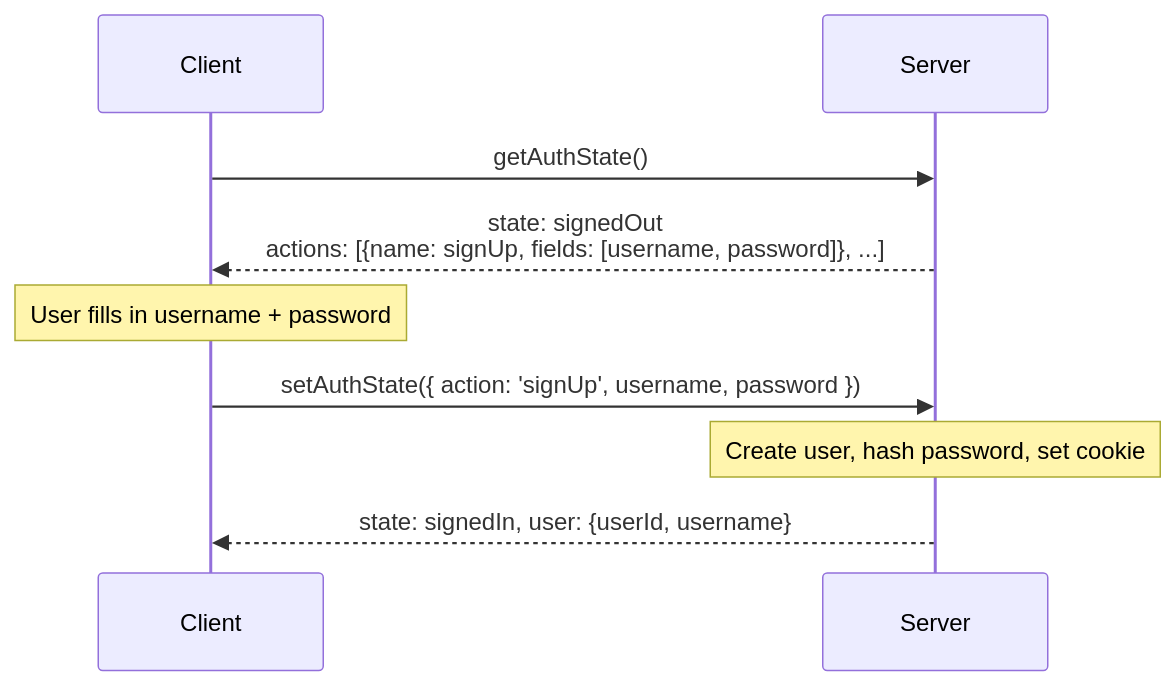
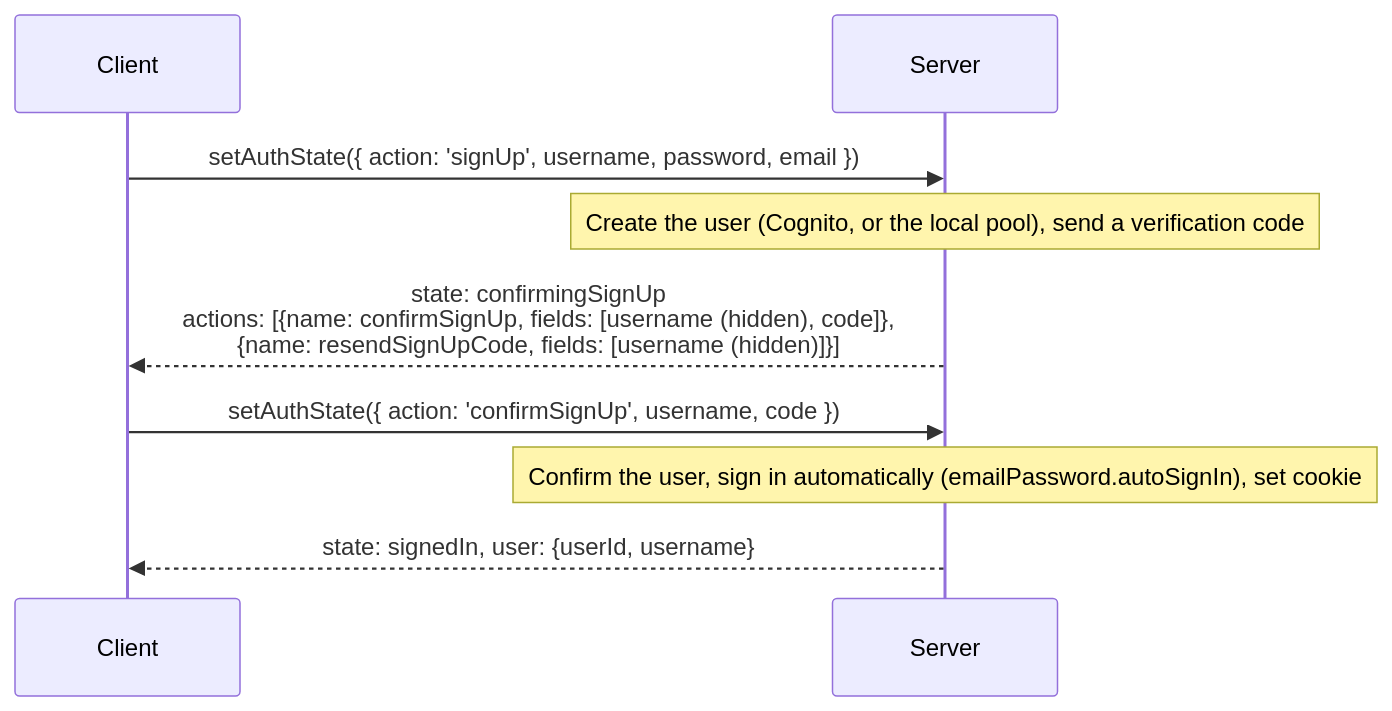
Before and after one commit to aws-devtools-labs/aws-blocks: the first of 7 diagrams in packages/auth-common/DESIGN.md, drawn with Mermaid. The commit also changed other lines of this file and 36 other files, not shown here.

First line of the commit message:
docs: remove the AuthCognito admin design docs and refresh stale auth wording

````diff
--- a/packages/auth-common/DESIGN.md
+++ b/packages/auth-common/DESIGN.md
@@ -54,14 +55,13 @@
 ```mermaid
 sequenceDiagram
 	participant C as Client
 	participant S as Server
 
-	C->>S: getAuthState()
-	S-->>C: state: signedOut<br/>actions: [{name: signUp, fields: [username, password]}, ...]
+	C->>S: setAuthState({ action: 'signUp', username, password, email })
+	Note over S: Create the user (Cognito, or the local pool), send a verification code
+	S-->>C: state: confirmingSignUp<br/>actions: [{name: confirmSignUp, fields: [username (hidden), code]},<br/>{name: resendSignUpCode, fields: [username (hidden)]}]
 
-	Note over C: User fills in username + password
-
-	C->>S: setAuthState({ action: 'signUp', username, password })
-	Note over S: Create user, hash password, set cookie
+	C->>S: setAuthState({ action: 'confirmSignUp', username, code })
+	Note over S: Confirm the user, sign in automatically (emailPassword.autoSignIn), set cookie
 	S-->>C: state: signedIn, user: {userId, username}
 ```
````
